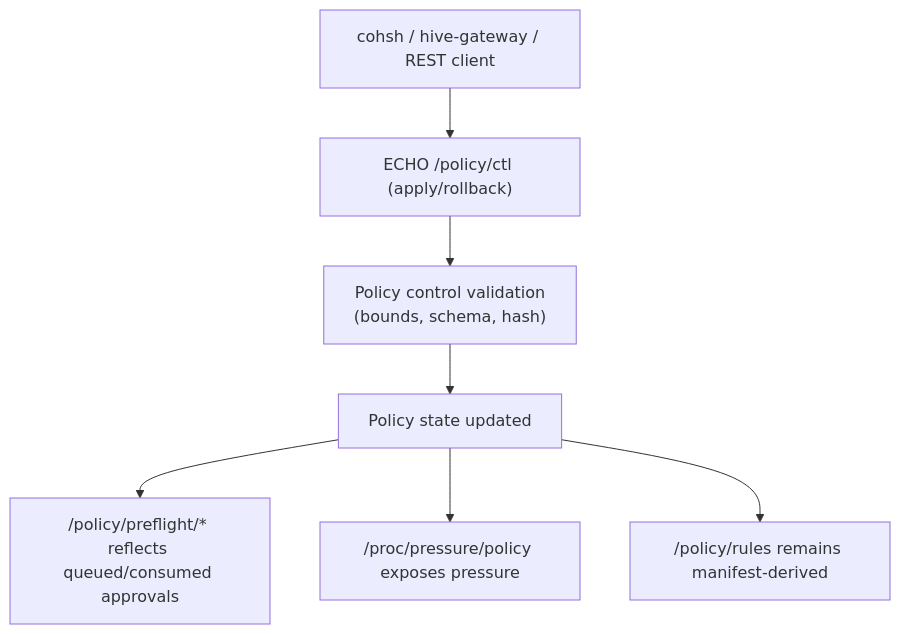
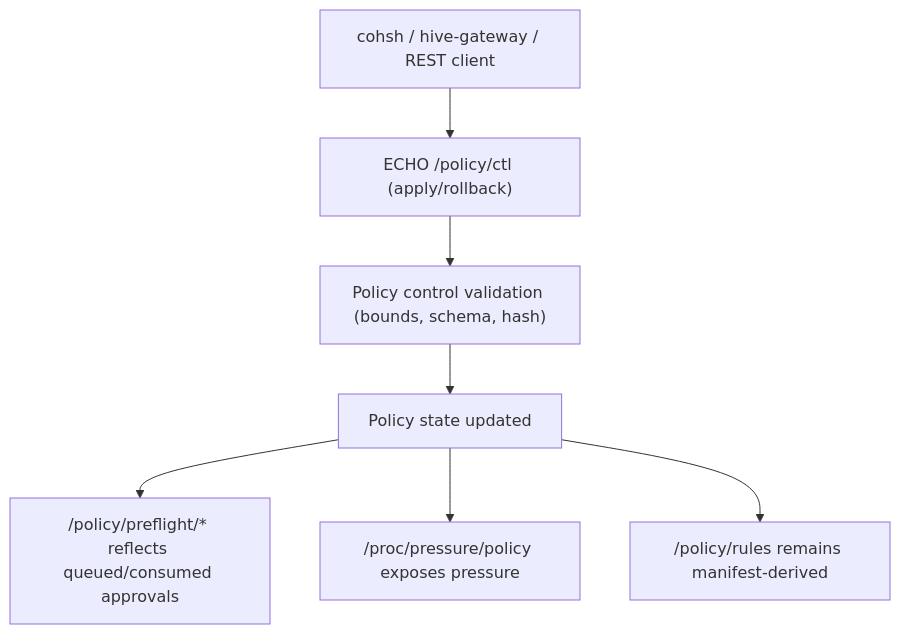
One commit to lukeb-aidev/cohesix changed the second of 3 diagrams in docs/HOST_TOOLS.md. Above: the diagram before and after it, drawn with Mermaid. The commit also changed other lines of this file and 100 other files, not shown here.

````diff
--- a/docs/HOST_TOOLS.md
+++ b/docs/HOST_TOOLS.md
@@ -862,9 +862,9 @@
 ```mermaid
 flowchart TD
   A["cohsh / hive-gateway / REST client"] --> B["ECHO /policy/ctl (apply/rollback)"]
-  B --> C["Policy control validation<br/>(bounds, schema, hash)"]
+  B --> C["Policy control validation (bounds, schema, hash)"]
   C --> D["Policy state updated"]
   D --> E["/policy/preflight/* reflects queued/consumed approvals"]
   D --> F["/proc/pressure/policy exposes pressure"]
   D --> G["/policy/rules remains manifest-derived"]
 ```
````
